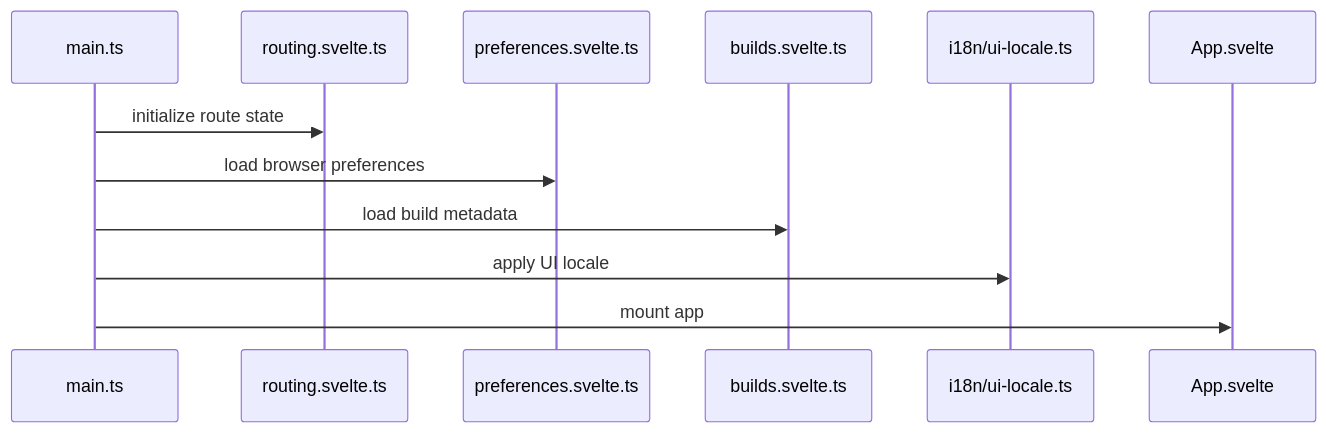
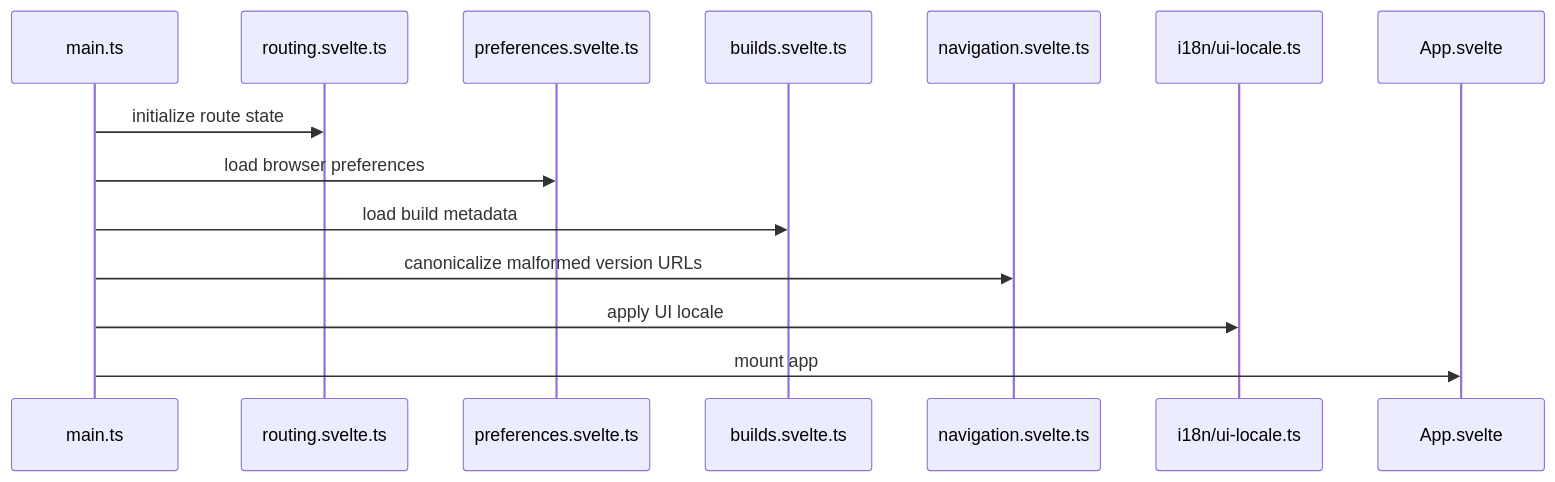
The diagram in docs/routing.md (ushkinaz/cbn-guide), drawn with Mermaid before and after one commit. The commit also changed other lines of this file and 4 other files, not shown here.

Commit message:
docs: clarify routing ownership and bootstrap flow

````diff
--- a/docs/routing.md
+++ b/docs/routing.md
@@ -98,15 +106,17 @@
 ```mermaid
 sequenceDiagram
     participant Main as main.ts
     participant Route as routing.svelte.ts
     participant Prefs as preferences.svelte.ts
     participant Builds as builds.svelte.ts
+    participant Nav as navigation.svelte.ts
     participant I18n as i18n/ui-locale.ts
     participant App as App.svelte
 
     Main->>Route: initialize route state
     Main->>Prefs: load browser preferences
     Main->>Builds: load build metadata
+    Main->>Nav: canonicalize malformed version URLs
     Main->>I18n: apply UI locale
     Main->>App: mount app
 ```
````
